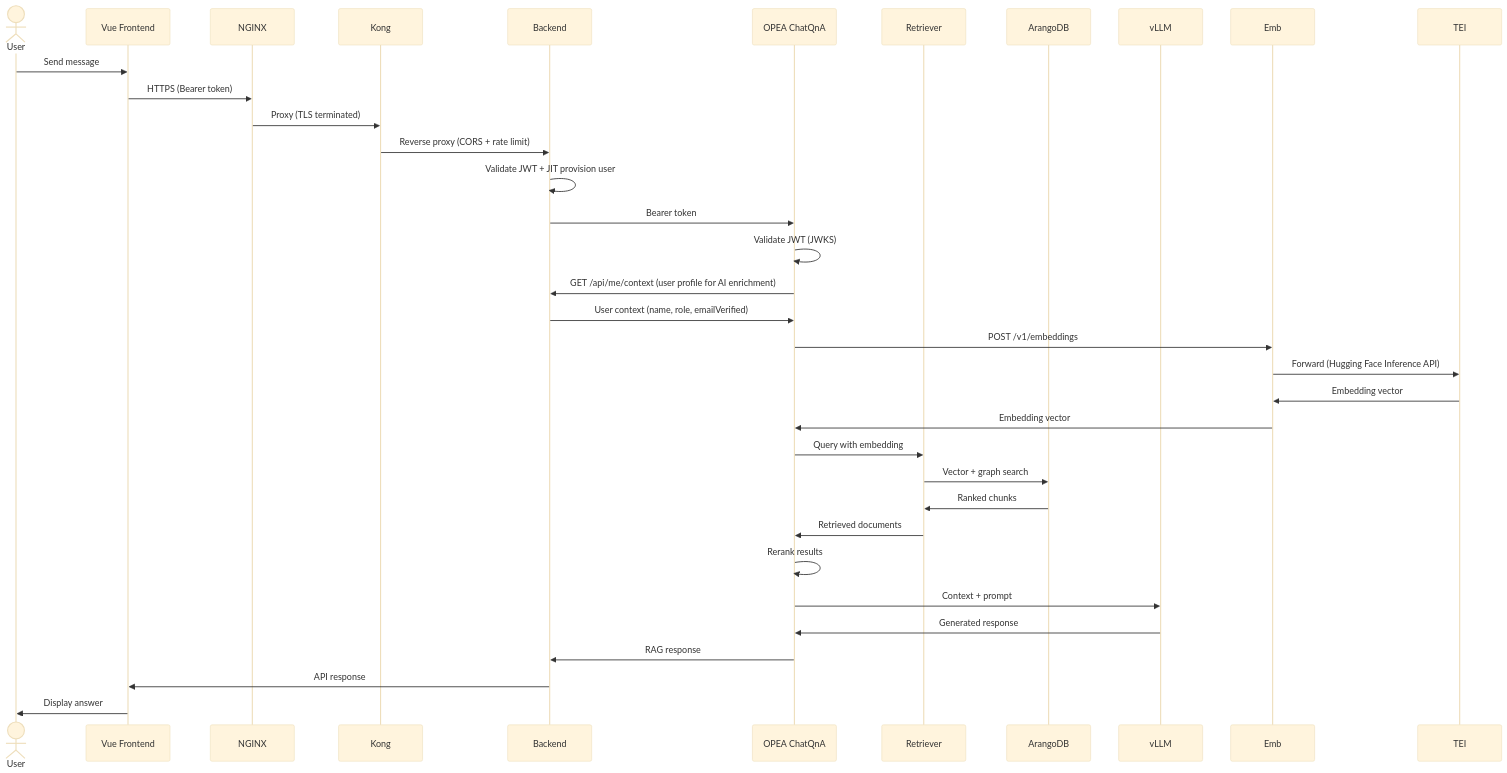
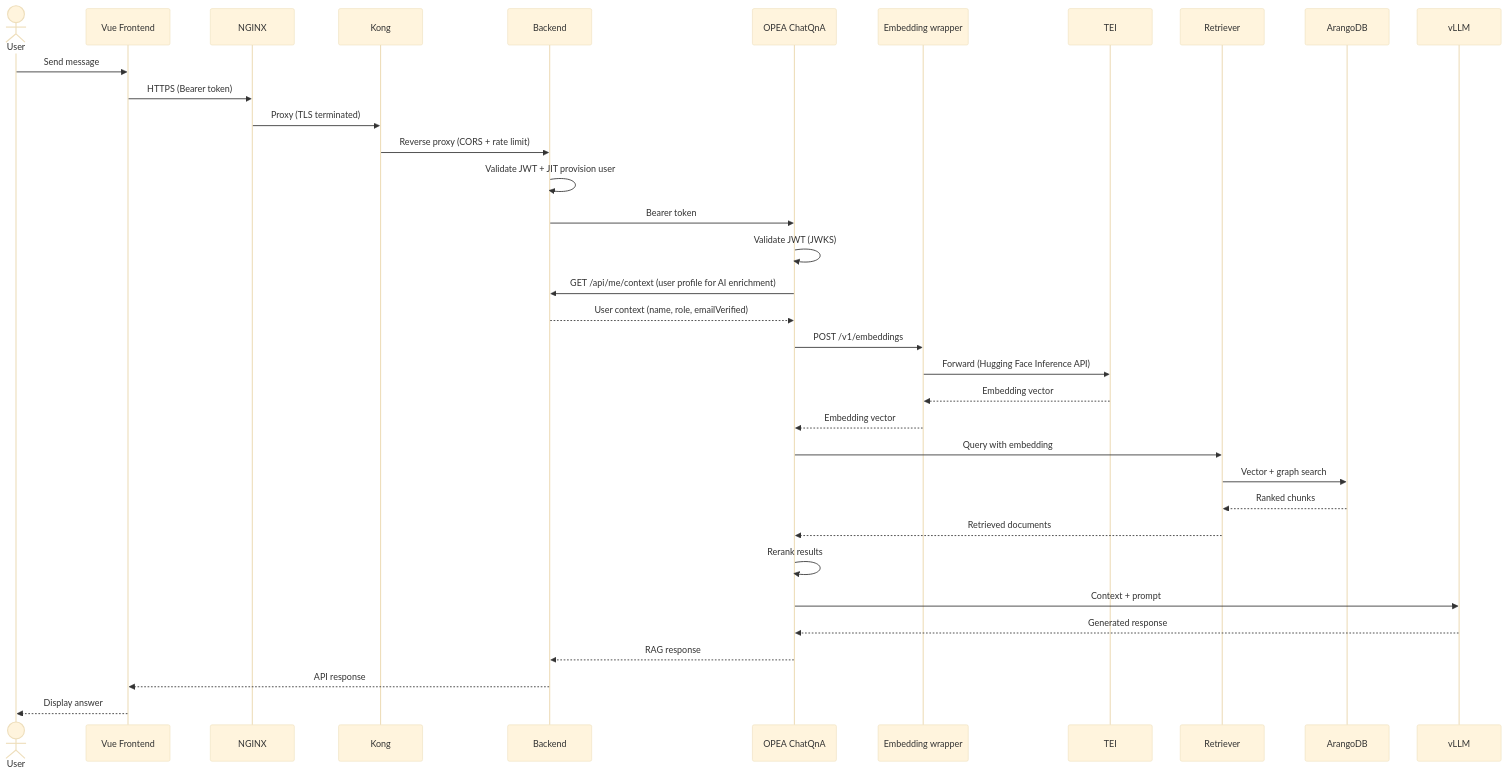
Before and after one commit to jrevillard/genie-ai-replica: the ninth of 16 diagrams in site/content/en/docs/architecture/architecture.md, drawn with Mermaid (base theme). The commit also changed other lines of this file, not shown here.

Commit message:
fix(docs): Wave 74 corrections (1 P1 + 6 P2)
P1-1 architecture/architecture.md block #9 (API Request Flow):
`Emb` and `TEI` referenced in 4 edges but never declared in the
participant block. Added both participant declarations. Replaced
5 mixed-arrow edges (response direction using `->>`) with
`-->>` for: Vector return, Ranked chunks return, Retrieved
documents return, Generated response return, RAG response return.

P2 batch — fixed remaining mixed-arrow edges across 4 blocks:
  - block #5 (line 446): BE->>Vue → BE-->>Vue
  - block #10 (lines 608-625): 4 response edges (Vector / Chunks /
    Ranked chunks / Response) → -->>
  - block #11 (line 731): CLAM->>DR → CLAM-->>DR
  - block #12 (line 764): BE->>DP → BE-->>DP

````diff
--- a/site/content/en/docs/architecture/architecture.md
+++ b/site/content/en/docs/architecture/architecture.md
@@ -536,36 +536,38 @@
 ```mermaid
 sequenceDiagram
     actor User
     participant FE as Vue Frontend
     participant N as NGINX
     participant K as Kong
     participant BE as Backend
     participant ChatQnA as OPEA ChatQnA
+    participant Emb as Embedding wrapper
+    participant TEI as TEI
     participant Ret as Retriever
     participant ADB as ArangoDB
     participant LLM as vLLM
 
     User->>FE: Send message
     FE->>N: HTTPS (Bearer token)
     N->>K: Proxy (TLS terminated)
     K->>BE: Reverse proxy (CORS + rate limit)
     BE->>BE: Validate JWT + JIT provision user
     BE->>ChatQnA: Bearer token
     ChatQnA->>ChatQnA: Validate JWT (JWKS)
     ChatQnA->>BE: GET /api/me/context (user profile for AI enrichment)
-    BE->>ChatQnA: User context (name, role, emailVerified)
+    BE-->>ChatQnA: User context (name, role, emailVerified)
     ChatQnA->>Emb: POST /v1/embeddings
     Emb->>TEI: Forward (Hugging Face Inference API)
-    TEI->>Emb: Embedding vector
-    Emb->>ChatQnA: Embedding vector
+    TEI-->>Emb: Embedding vector
+    Emb-->>ChatQnA: Embedding vector
     ChatQnA->>Ret: Query with embedding
     Ret->>ADB: Vector + graph search
-    ADB->>Ret: Ranked chunks
-    Ret->>ChatQnA: Retrieved documents
+    ADB-->>Ret: Ranked chunks
+    Ret-->>ChatQnA: Retrieved documents
     ChatQnA->>ChatQnA: Rerank results
     ChatQnA->>LLM: Context + prompt
-    LLM->>ChatQnA: Generated response
-    ChatQnA->>BE: RAG response
-    BE->>FE: API response
-    FE->>User: Display answer
+    LLM-->>ChatQnA: Generated response
+    ChatQnA-->>BE: RAG response
+    BE-->>FE: API response
+    FE-->>User: Display answer
 ```
````
